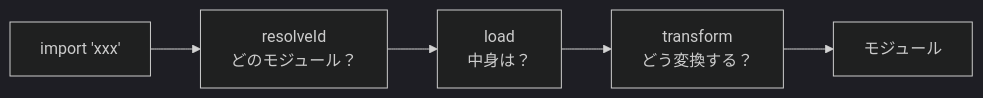
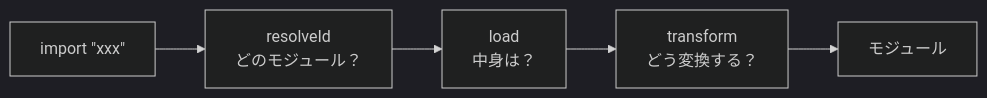
Before and after one commit to morinokami/zenn-docs: the second of 4 diagrams in books/how-void-works/02-vite-basics.md, drawn with Mermaid (dark theme). The commit also changed other lines of this file and 305 other files, not shown here.

````diff
--- a/books/how-void-works/02-vite-basics.md
+++ b/books/how-void-works/02-vite-basics.md
@@ -207,4 +207,4 @@
 ```mermaid
 flowchart LR
-  I["import 'xxx'"] --> R["resolveId<br/>どのモジュール？"] --> L["load<br/>中身は？"] --> T["transform<br/>どう変換する？"] --> M["モジュール"]
+  I["import #quot;xxx#quot;"] --> R["resolveId<br/>どのモジュール？"] --> L["load<br/>中身は？"] --> T["transform<br/>どう変換する？"] --> M["モジュール"]
 ```
````
